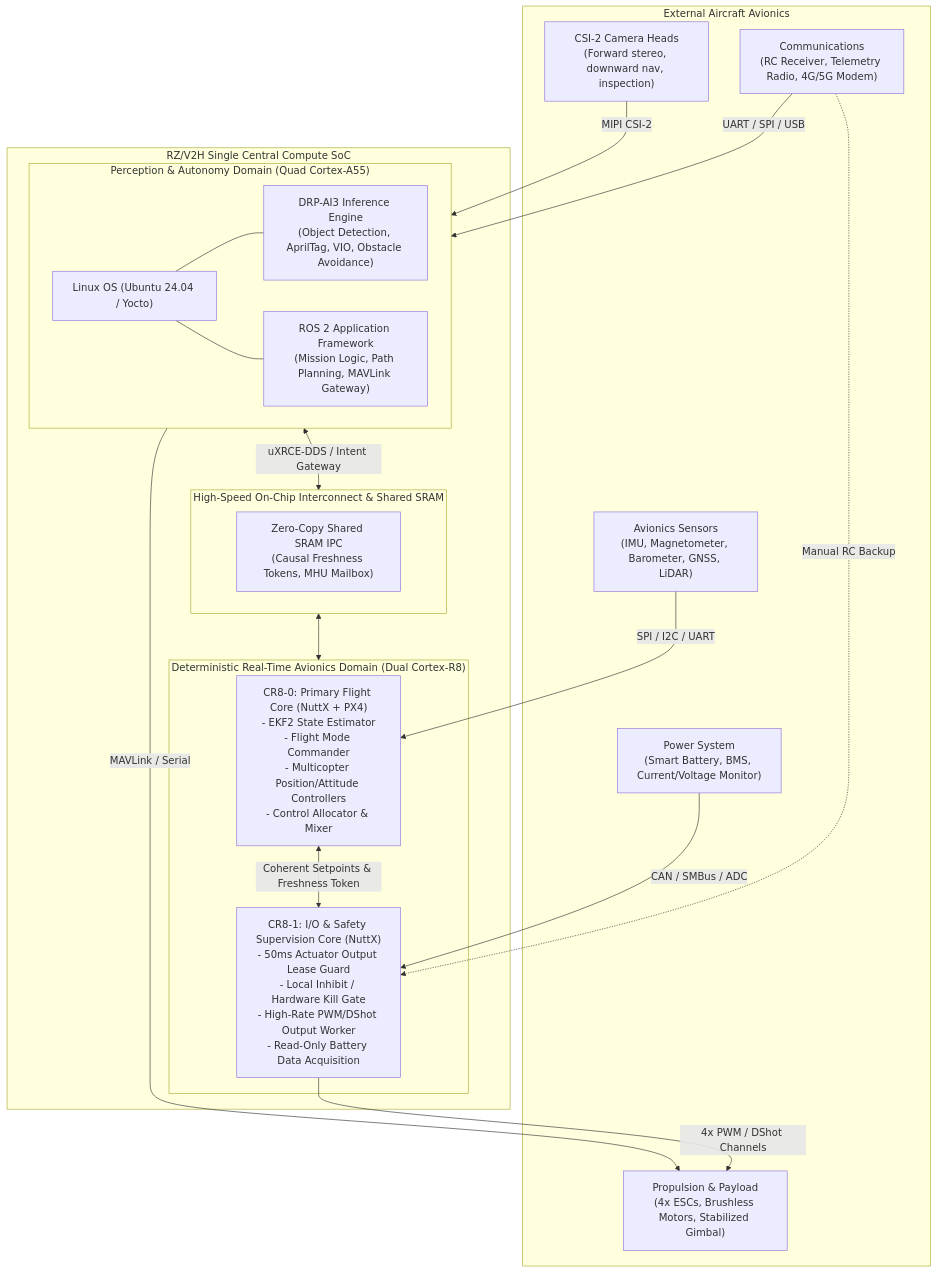
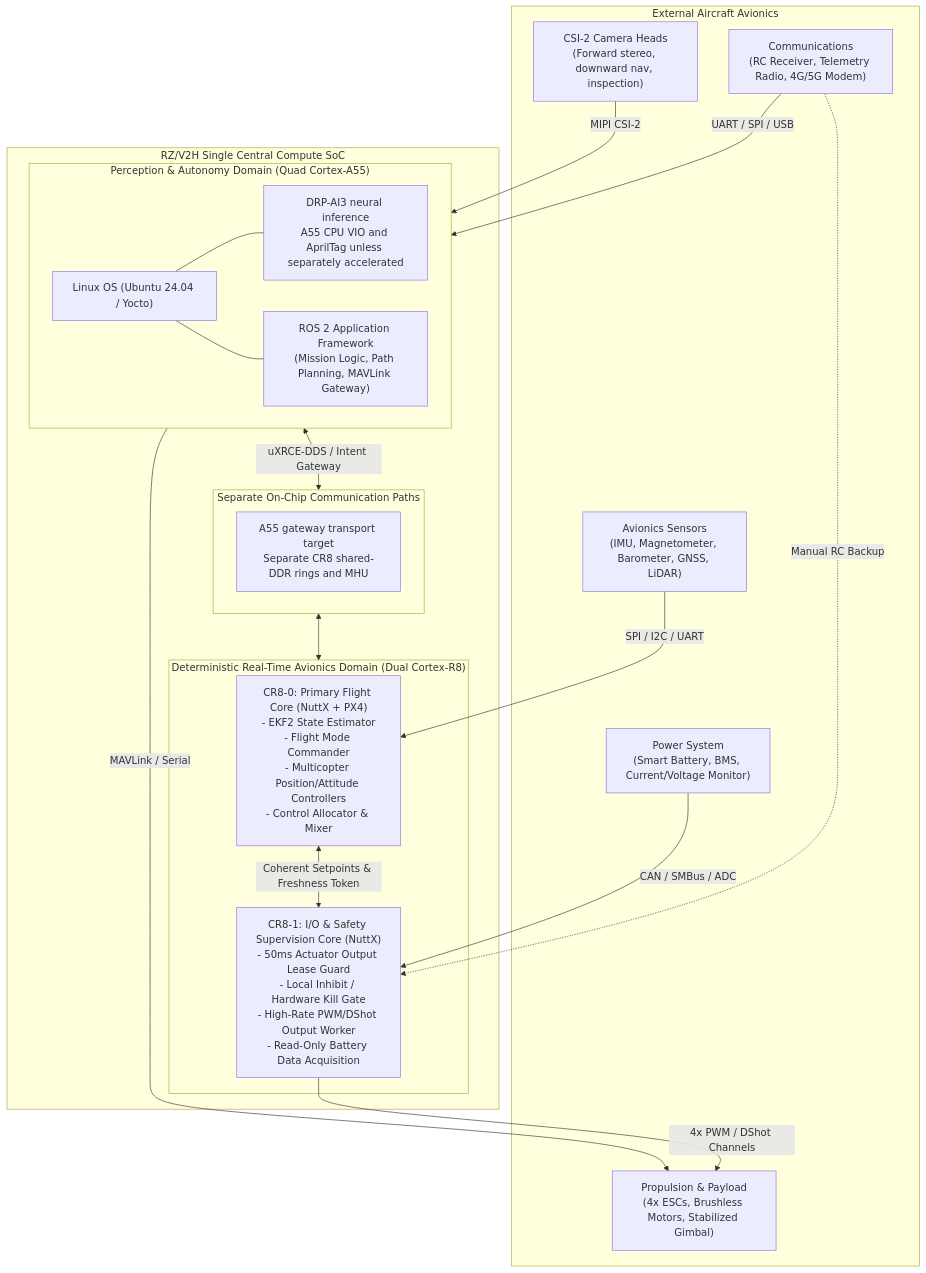
Before and after one commit to nguyentri/PX4-Autopilot: the first of 5 diagrams in docs/renesas/marketing/rzv2h-autonomous-drone-solution.md, drawn with Mermaid. The commit also changed other lines of this file and 14 other files, not shown here.

````diff
--- a/docs/renesas/marketing/rzv2h-autonomous-drone-solution.md
+++ b/docs/renesas/marketing/rzv2h-autonomous-drone-solution.md
@@ -65,41 +65,41 @@
 ```mermaid
 flowchart TD
     subgraph ExternalAvionics["External Aircraft Avionics"]
         Cameras["CSI-2 Camera Heads<br/>(Forward stereo, downward nav, inspection)"]
         Sensors["Avionics Sensors<br/>(IMU, Magnetometer, Barometer, GNSS, LiDAR)"]
         PowerSys["Power System<br/>(Smart Battery, BMS, Current/Voltage Monitor)"]
         Comms["Communications<br/>(RC Receiver, Telemetry Radio, 4G/5G Modem)"]
         Actuators["Propulsion & Payload<br/>(4x ESCs, Brushless Motors, Stabilized Gimbal)"]
     end
 
     subgraph SoC["RZ/V2H Single Central Compute SoC"]
         subgraph A55_Subsystem["Perception & Autonomy Domain (Quad Cortex-A55)"]
             Linux["Linux OS (Ubuntu 24.04 / Yocto)"]
-            DRPAI["DRP-AI3 Inference Engine<br/>(Object Detection, AprilTag, VIO, Obstacle Avoidance)"]
+            DRPAI["DRP-AI3 neural inference<br/>A55 CPU VIO and AprilTag unless separately accelerated"]
             ROS2["ROS 2 Application Framework<br/>(Mission Logic, Path Planning, MAVLink Gateway)"]
             Linux --- DRPAI
             Linux --- ROS2
         end
 
-        subgraph Interconnect["High-Speed On-Chip Interconnect & Shared SRAM"]
-            IPC["Zero-Copy Shared SRAM IPC<br/>(Causal Freshness Tokens, MHU Mailbox)"]
+        subgraph Interconnect["Separate On-Chip Communication Paths"]
+            IPC["A55 gateway transport target<br/>Separate CR8 shared-DDR rings and MHU"]
         end
 
         subgraph CR8_Subsystem["Deterministic Real-Time Avionics Domain (Dual Cortex-R8)"]
             CR8_0["CR8-0: Primary Flight Core (NuttX + PX4)<br/>- EKF2 State Estimator<br/>- Flight Mode Commander<br/>- Multicopter Position/Attitude Controllers<br/>- Control Allocator & Mixer"]
             CR8_1["CR8-1: I/O & Safety Supervision Core (NuttX)<br/>- 50ms Actuator Output Lease Guard<br/>- Local Inhibit / Hardware Kill Gate<br/>- High-Rate PWM/DShot Output Worker<br/>- Read-Only Battery Data Acquisition"]
         end
 
         A55_Subsystem <-->|uXRCE-DDS / Intent Gateway| Interconnect
         Interconnect <--> CR8_Subsystem
         CR8_0 <-->|Coherent Setpoints & Freshness Token| CR8_1
     end
 
     Cameras -->|MIPI CSI-2| A55_Subsystem
     Sensors -->|SPI / I2C / UART| CR8_0
     PowerSys -->|CAN / SMBus / ADC| CR8_1
     Comms -->|UART / SPI / USB| A55_Subsystem
     Comms -.->|Manual RC Backup| CR8_1
     CR8_1 -->|4x PWM / DShot Channels| Actuators
     A55_Subsystem -->|MAVLink / Serial| Actuators
 ```
````
